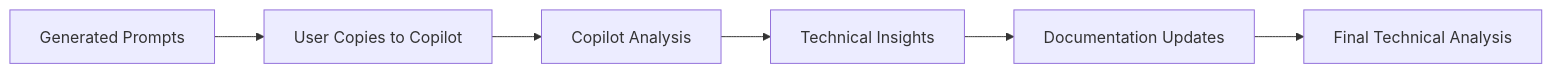
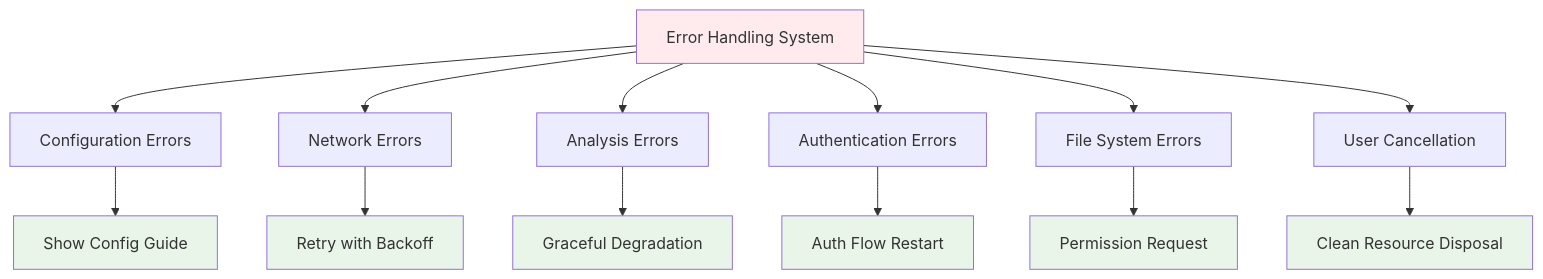
One commit to Srinidhi94/Product-Owner-AI-Agent changed the ninth of 11 diagrams in docs/ARCHITECTURE.md. Above: the diagram before and after it, drawn with Mermaid. The commit also changed other lines of this file and 38 other files, not shown here.

````diff
--- a/docs/ARCHITECTURE.md
+++ b/docs/ARCHITECTURE.md
@@ -107,8 +568,24 @@
 ```mermaid
-graph LR
-    A[Generated Prompts] --> B[User Copies to Copilot]
-    B --> C[Copilot Analysis]
-    C --> D[Technical Insights]
-    D --> E[Documentation Updates]
-    E --> F[Final Technical Analysis]
+graph TB
+    A[Error Handling System] --> B[Configuration Errors]
+    A --> C[Network Errors]
+    A --> D[Analysis Errors]
+    A --> E[Authentication Errors]
+    A --> F[File System Errors]
+    A --> G[User Cancellation]
+    
+    B --> H[Show Config Guide]
+    C --> I[Retry with Backoff]
+    D --> J[Graceful Degradation]
+    E --> K[Auth Flow Restart]
+    F --> L[Permission Request]
+    G --> M[Clean Resource Disposal]
+    
+    style A fill:#ffebee
+    style H fill:#e8f5e8
+    style I fill:#e8f5e8
+    style J fill:#e8f5e8
+    style K fill:#e8f5e8
+    style L fill:#e8f5e8
+    style M fill:#e8f5e8
 ```
````
